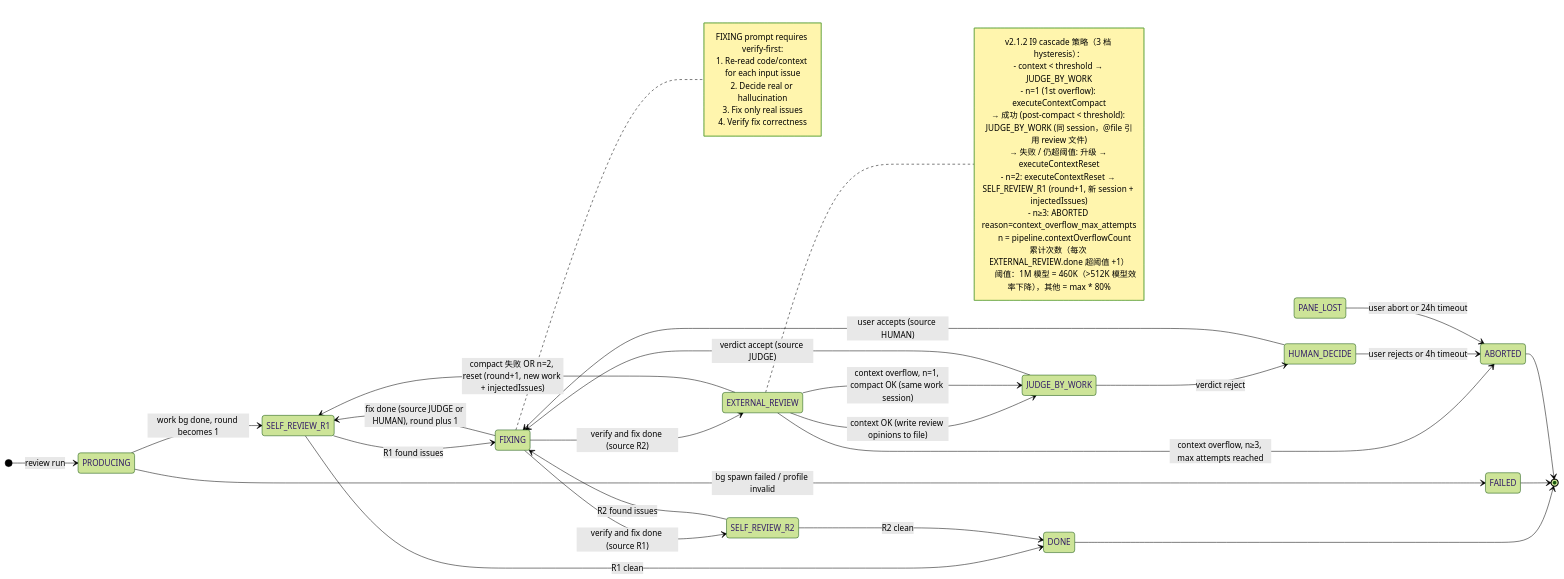
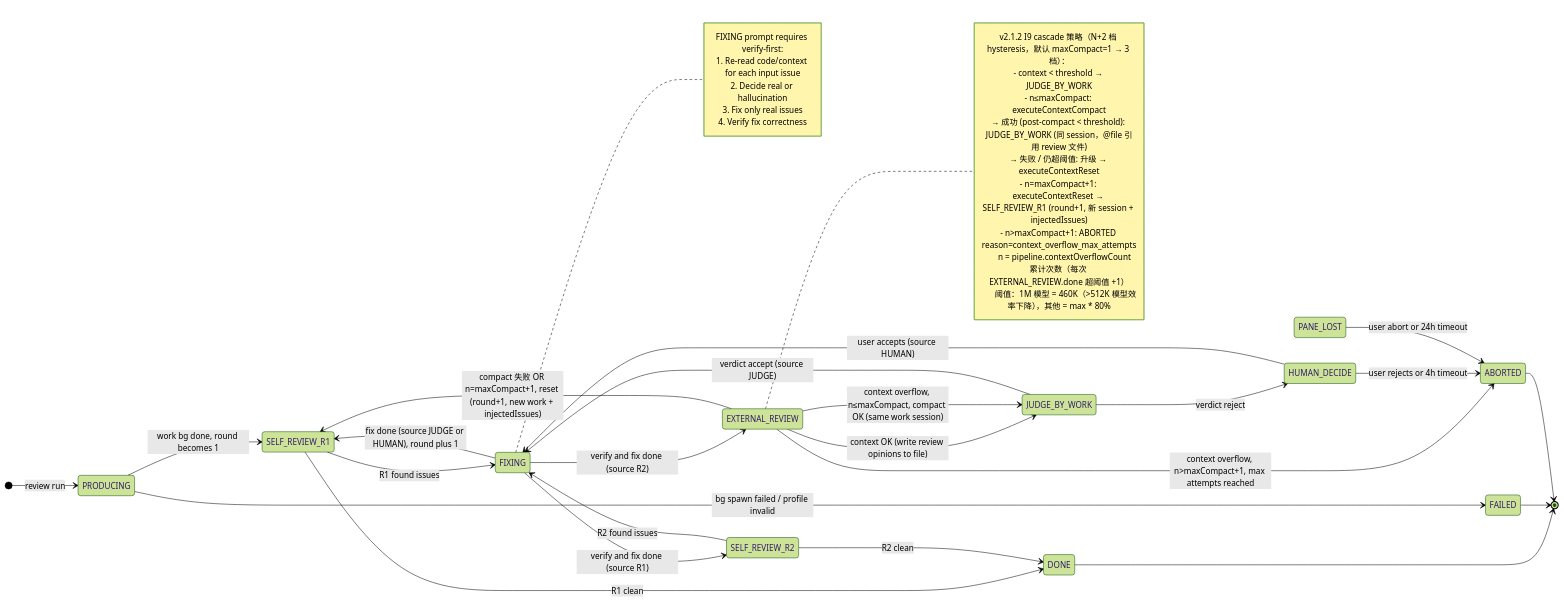
One commit to yujuntea/cc-linker changed the first of 2 diagrams in docs/superpowers/specs/review-engine-v2.1.1/state-machine.md. Above: the diagram before and after it, drawn with Mermaid (forest theme). The commit also changed other lines of this file and 4 other files, not shown here.

````diff
--- a/docs/superpowers/specs/review-engine-v2.1.1/state-machine.md
+++ b/docs/superpowers/specs/review-engine-v2.1.1/state-machine.md
@@ -202,52 +208,52 @@
 ```mermaid
 stateDiagram-v2
     direction LR
 
     [*] --> PRODUCING : review run
 
     PRODUCING --> FAILED : bg spawn failed / profile invalid
     PRODUCING --> SELF_REVIEW_R1 : work bg done, round becomes 1
     SELF_REVIEW_R1 --> FIXING : R1 found issues
     SELF_REVIEW_R1 --> DONE : R1 clean
     FIXING --> SELF_REVIEW_R2 : verify and fix done (source R1)
     SELF_REVIEW_R2 --> FIXING : R2 found issues
     SELF_REVIEW_R2 --> DONE : R2 clean
     FIXING --> EXTERNAL_REVIEW : verify and fix done (source R2)
     EXTERNAL_REVIEW --> JUDGE_BY_WORK : context OK (write review opinions to file)
-    EXTERNAL_REVIEW --> JUDGE_BY_WORK : context overflow, n=1, compact OK (same work session)
-    EXTERNAL_REVIEW --> SELF_REVIEW_R1 : compact 失败 OR n=2, reset (round+1, new work + injectedIssues)
-    EXTERNAL_REVIEW --> ABORTED : context overflow, n≥3, max attempts reached
+    EXTERNAL_REVIEW --> JUDGE_BY_WORK : context overflow, n≤maxCompact, compact OK (same work session)
+    EXTERNAL_REVIEW --> SELF_REVIEW_R1 : compact 失败 OR n=maxCompact+1, reset (round+1, new work + injectedIssues)
+    EXTERNAL_REVIEW --> ABORTED : context overflow, n>maxCompact+1, max attempts reached
     JUDGE_BY_WORK --> FIXING : verdict accept (source JUDGE)
     JUDGE_BY_WORK --> HUMAN_DECIDE : verdict reject
     FIXING --> SELF_REVIEW_R1 : fix done (source JUDGE or HUMAN), round plus 1
 
     HUMAN_DECIDE --> FIXING : user accepts (source HUMAN)
     HUMAN_DECIDE --> ABORTED : user rejects or 4h timeout
 
     PANE_LOST --> ABORTED : user abort or 24h timeout
 
     DONE --> [*]
     FAILED --> [*]
     ABORTED --> [*]
 
     note right of FIXING
       FIXING prompt requires verify-first:
       1. Re-read code/context for each input issue
       2. Decide real or hallucination
       3. Fix only real issues
       4. Verify fix correctness
     end note
 
     note right of EXTERNAL_REVIEW
-      v2.1.2 I9 cascade 策略（3 档 hysteresis）：
+      v2.1.2 I9 cascade 策略（N+2 档 hysteresis，默认 maxCompact=1 → 3 档）：
       - context < threshold → JUDGE_BY_WORK
-      - n=1 (1st overflow): executeContextCompact
+      - n≤maxCompact: executeContextCompact
           → 成功 (post-compact < threshold): JUDGE_BY_WORK (同 session，@file 引用 review 文件)
           → 失败 / 仍超阈值: 升级 → executeContextReset
-      - n=2: executeContextReset → SELF_REVIEW_R1 (round+1, 新 session + injectedIssues)
-      - n≥3: ABORTED reason=context_overflow_max_attempts
+      - n=maxCompact+1: executeContextReset → SELF_REVIEW_R1 (round+1, 新 session + injectedIssues)
+      - n>maxCompact+1: ABORTED reason=context_overflow_max_attempts
 
       n = pipeline.contextOverflowCount 累计次数（每次 EXTERNAL_REVIEW.done 超阈值 +1）
       阈值：1M 模型 = 460K（>512K 模型效率下降），其他 = max * 80%
     end note
 ```
````
